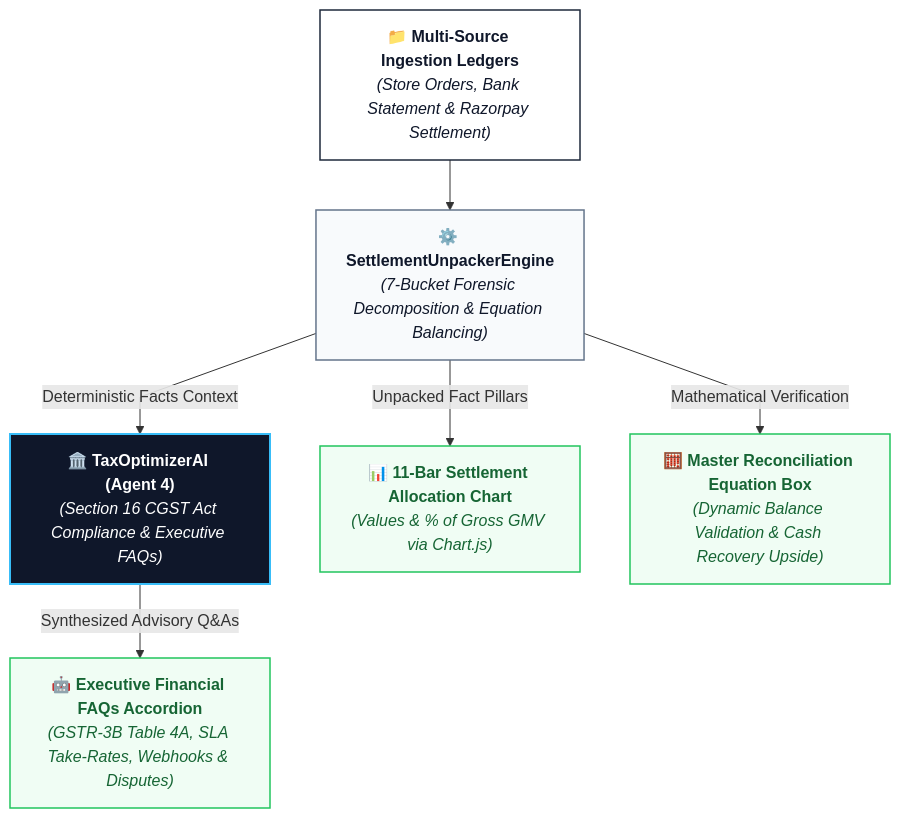
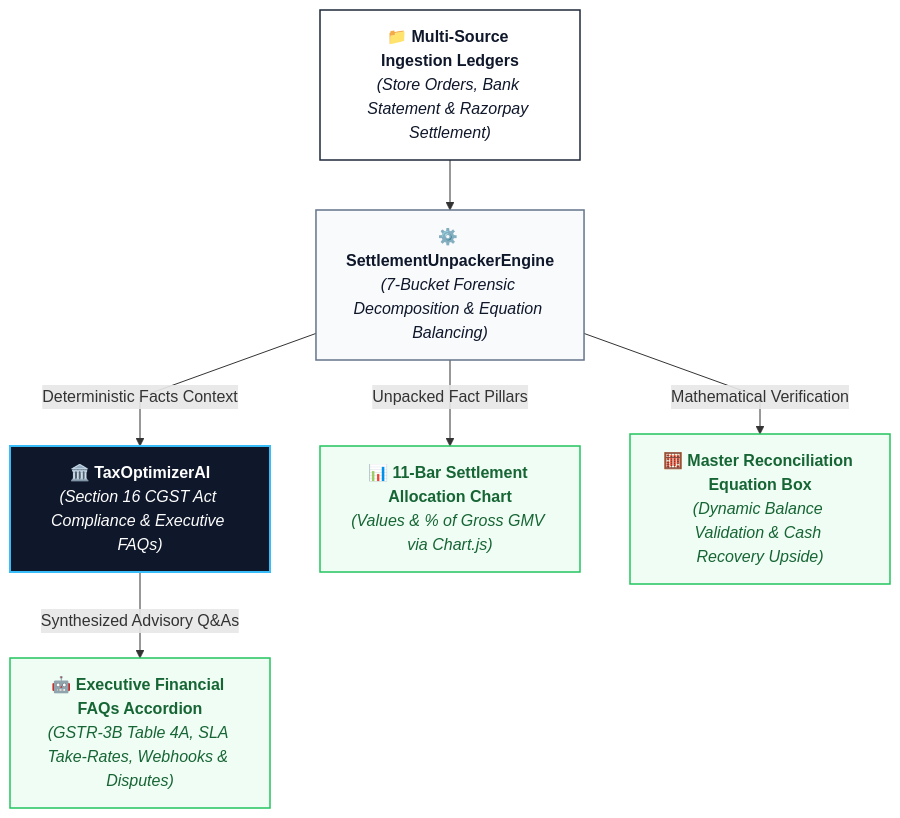
Before and after one commit to Venukumar975/AutoReconAI: the sixth of 6 diagrams in docs/in_depth_readme.md, drawn with Mermaid. The commit also changed other lines of this file and 10 other files, not shown here.

Commit message:
Update documentation architecture, rename technical guides, and synchronize configuration settings

````diff
--- a/docs/in_depth_readme.md
+++ b/docs/in_depth_readme.md
@@ -597,29 +597,29 @@
 ```mermaid
 %%{init: {'flowchart': {'curve': 'linear'}}}%%
 flowchart TD
     Recon["📁 <b>Multi-Source Ingestion Ledgers</b><br/><i>(Store Orders, Bank Statement & Razorpay Settlement)</i>"]
     
     Engine["⚙️ <b>SettlementUnpackerEngine</b><br/><i>(7-Bucket Forensic Decomposition & Equation Balancing)</i>"]
     
-    TaxOpt["🏛️ <b>TaxOptimizerAI (Agent 4)</b><br/><i>(Section 16 CGST Act Compliance & Executive FAQs)</i>"]
+    TaxOpt["🏛️ <b>TaxOptimizerAI</b><br/><i>(Section 16 CGST Act Compliance & Executive FAQs)</i>"]
     
     Chart["📊 <b>11-Bar Settlement Allocation Chart</b><br/><i>(Values & % of Gross GMV via Chart.js)</i>"]
     Equation["🧮 <b>Master Reconciliation Equation Box</b><br/><i>(Dynamic Balance Validation & Cash Recovery Upside)</i>"]
     FAQs["🤖 <b>Executive Financial FAQs Accordion</b><br/><i>(GSTR-3B Table 4A, SLA Take-Rates, Webhooks & Disputes)</i>"]
 
     Recon --> Engine
     Engine -->|"Deterministic Facts Context"| TaxOpt
     Engine -->|"Unpacked Fact Pillars"| Chart
     Engine -->|"Mathematical Verification"| Equation
     TaxOpt -->|"Synthesized Advisory Q&As"| FAQs
 
     classDef darkBox fill:#0f172a,stroke:#38bdf8,stroke-width:2px,color:#ffffff;
     classDef lightBox fill:#ffffff,stroke:#1e293b,stroke-width:1.5px,color:#0f172a;
     classDef actionBox fill:#f0fdf4,stroke:#22c55e,stroke-width:1.5px,color:#166534;
     classDef toolBox fill:#f8fafc,stroke:#64748b,stroke-width:1.5px,color:#0f172a;
 
     class Recon lightBox;
     class Engine toolBox;
     class TaxOpt darkBox;
     class Chart,Equation,FAQs actionBox;
 ```
````
